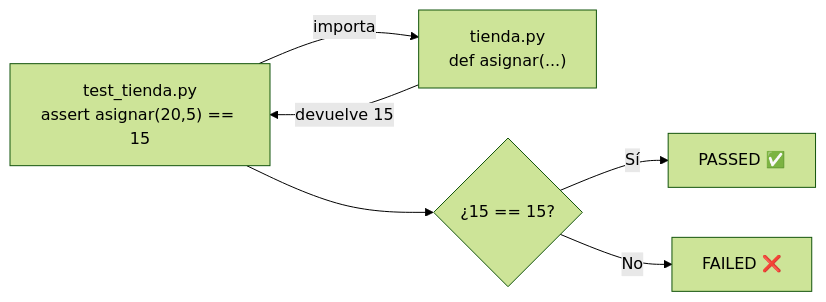
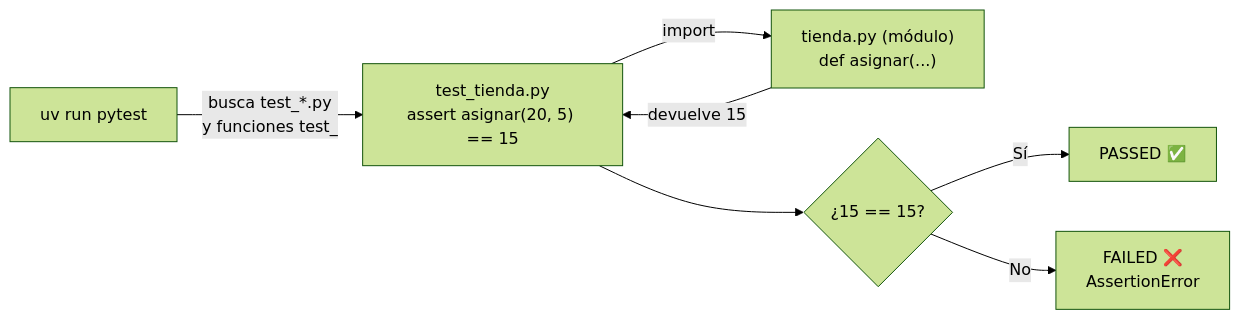
One commit to BenjaminGhiggo/aprendiendo-ddd-con-python-y-fastapi changed the diagram in lecciones/08-modulos-y-pytest/README.md. Above: the diagram before and after it, drawn with Mermaid (forest theme). The commit also changed other lines of this file and 26 other files, not shown here.

````diff
--- a/lecciones/08-modulos-y-pytest/README.md
+++ b/lecciones/08-modulos-y-pytest/README.md
@@ -32,8 +282,9 @@
 ```mermaid
 flowchart LR
-    T["test_tienda.py<br/>assert asignar(20,5) == 15"] -->|importa| M["tienda.py<br/>def asignar(...)"]
+    T["test_tienda.py<br/>assert asignar(20, 5) == 15"] -->|import| M["tienda.py (módulo)<br/>def asignar(...)"]
     M -->|devuelve 15| T
     T --> R{"¿15 == 15?"}
     R -- "Sí" --> P["PASSED ✅"]
-    R -- "No" --> F["FAILED ❌"]
+    R -- "No" --> F["FAILED ❌<br/>AssertionError"]
+    U["uv run pytest"] -->|busca test_*.py<br/>y funciones test_| T
 ```
````
